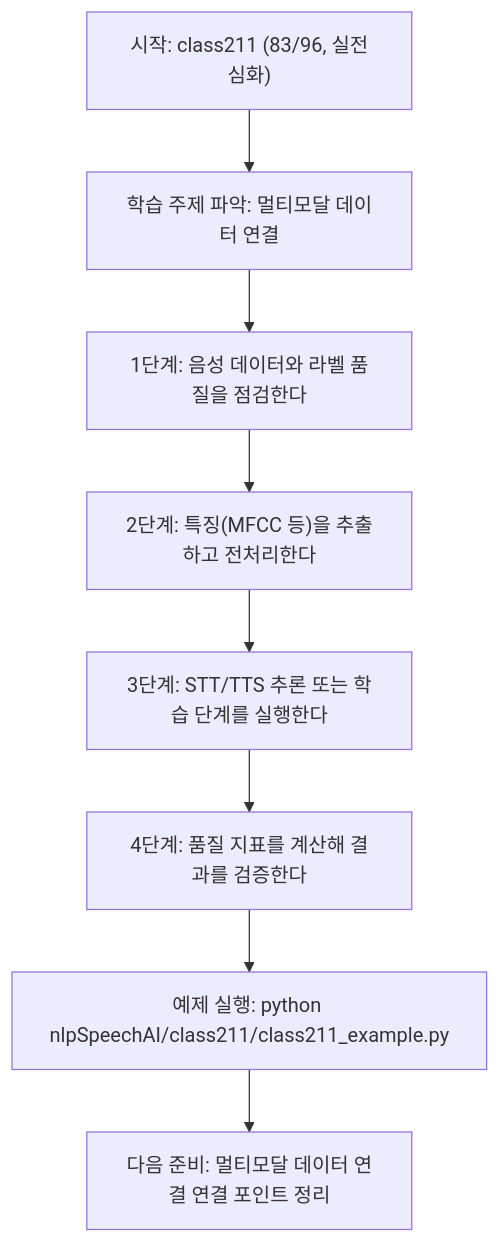
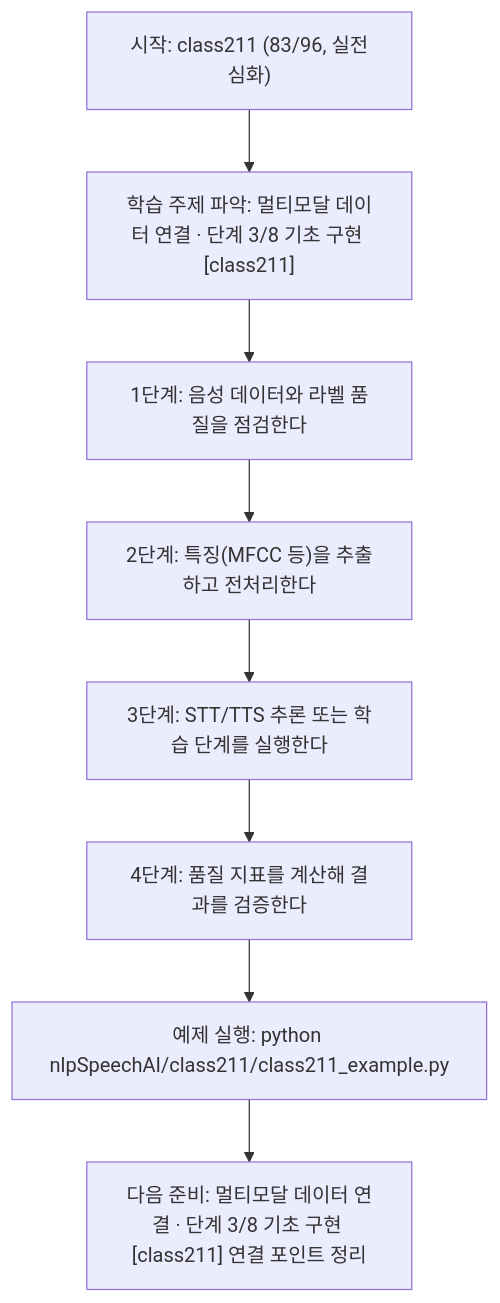
Before and after one commit to edumgt/Python-AI_Agent-Class: the diagram in nlpSpeechAI/class211/class211.md, drawn with Mermaid. The commit also changed other lines of this file and 522 other files, not shown here.

````diff
--- a/nlpSpeechAI/class211/class211.md
+++ b/nlpSpeechAI/class211/class211.md
@@ -113,18 +114,18 @@
 ```mermaid
 flowchart TD
 N1["시작: class211 (83/96, 실전심화)"]
-N2["학습 주제 파악: 멀티모달 데이터 연결"]
+N2["학습 주제 파악: 멀티모달 데이터 연결 · 단계 3/8 기초 구현 [class211]"]
 N3["1단계: 음성 데이터와 라벨 품질을 점검한다"]
 N4["2단계: 특징(MFCC 등)을 추출하고 전처리한다"]
 N5["3단계: STT/TTS 추론 또는 학습 단계를 실행한다"]
 N6["4단계: 품질 지표를 계산해 결과를 검증한다"]
 N7["예제 실행: python nlpSpeechAI/class211/class211_example.py"]
-N8["다음 준비: 멀티모달 데이터 연결 연결 포인트 정리"]
+N8["다음 준비: 멀티모달 데이터 연결 · 단계 3/8 기초 구현 [class211] 연결 포인트 정리"]
 N1 --> N2
 N2 --> N3
 N3 --> N4
 N4 --> N5
 N5 --> N6
 N6 --> N7
 N7 --> N8
 ```
````
